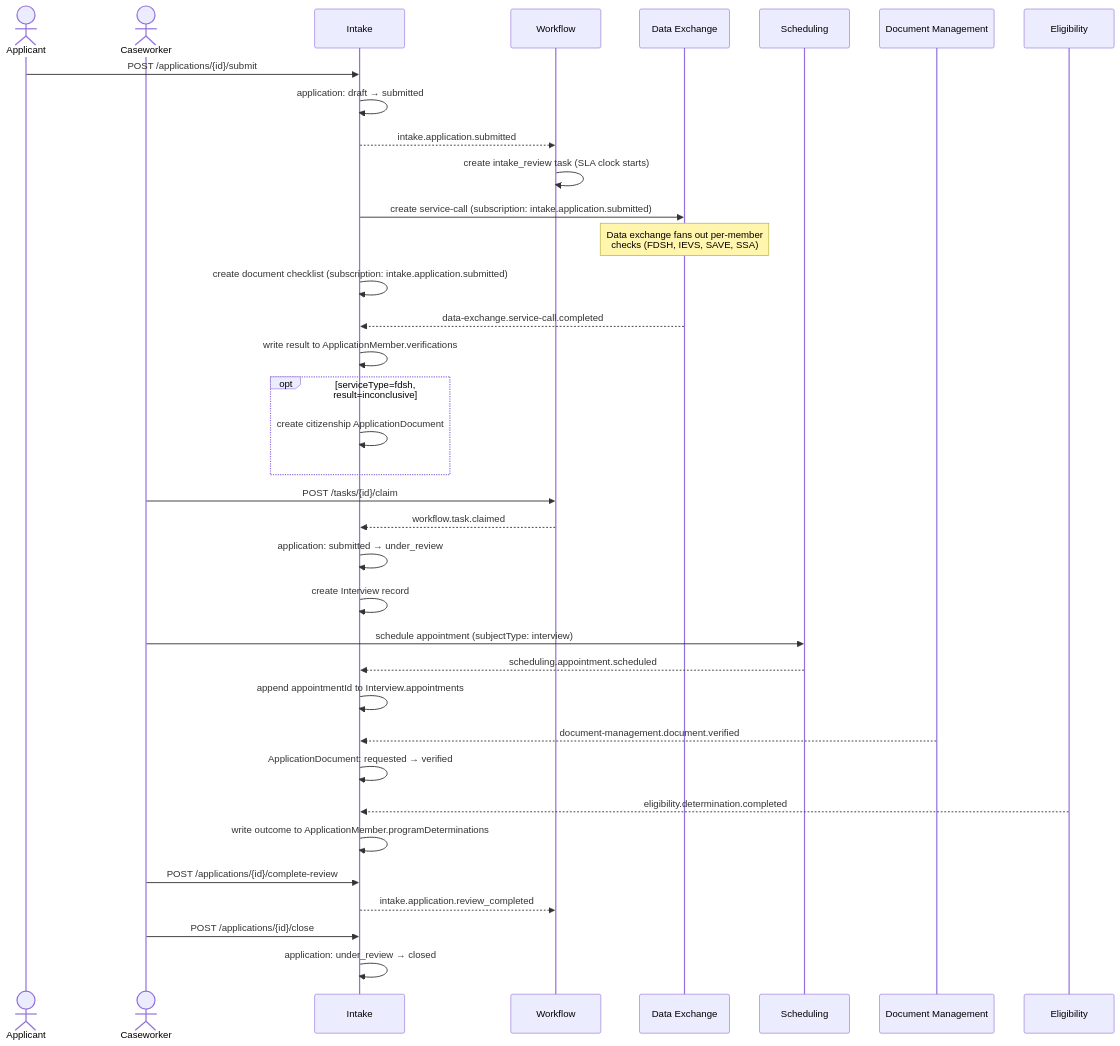
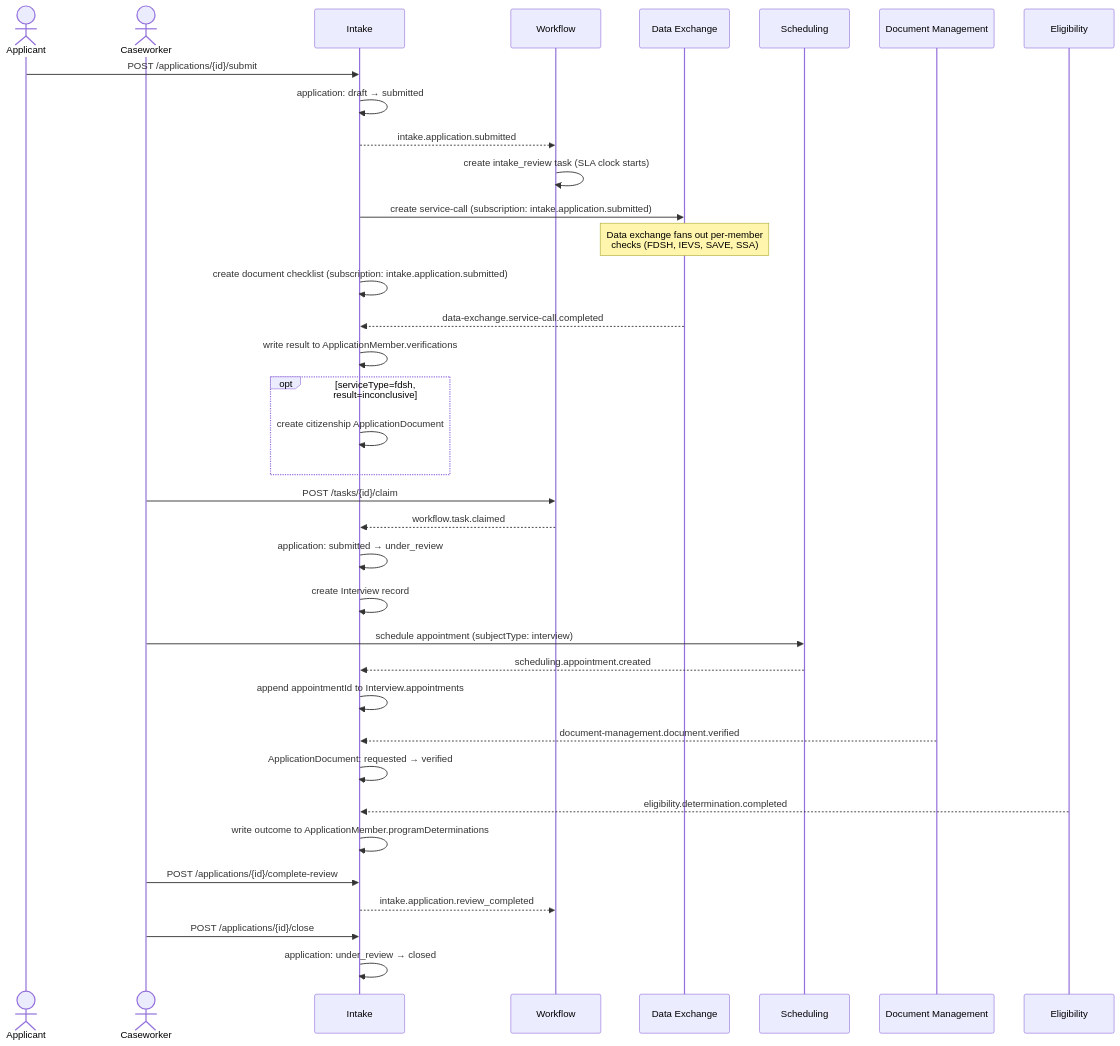
Before and after one commit to codeforamerica/safety-net-blueprint: the diagram in docs/architecture/diagrams/intake-flow.mmd, drawn with Mermaid. The commit also changed 110 other files, not shown here.

```diff
--- a/docs/architecture/diagrams/intake-flow.mmd
+++ b/docs/architecture/diagrams/intake-flow.mmd
@@ -1,44 +1,44 @@
 sequenceDiagram
     actor Applicant
     actor Caseworker
     participant Intake
     participant Workflow
     participant DataExchange as Data Exchange
     participant Scheduling
     participant DocMgmt as Document Management
     participant Eligibility
 
     Applicant->>Intake: POST /applications/{id}/submit
     Intake->>Intake: application: draft → submitted
     Intake-->>Workflow: intake.application.submitted
     Workflow->>Workflow: create intake_review task (SLA clock starts)
     Intake->>DataExchange: create service-call (subscription: intake.application.submitted)
     Note over DataExchange: Data exchange fans out per-member<br/>checks (FDSH, IEVS, SAVE, SSA)
     Intake->>Intake: create document checklist (subscription: intake.application.submitted)
 
     DataExchange-->>Intake: data-exchange.service-call.completed
     Intake->>Intake: write result to ApplicationMember.verifications
     opt serviceType=fdsh, result=inconclusive
         Intake->>Intake: create citizenship ApplicationDocument
     end
 
     Caseworker->>Workflow: POST /tasks/{id}/claim
     Workflow-->>Intake: workflow.task.claimed
     Intake->>Intake: application: submitted → under_review
     Intake->>Intake: create Interview record
 
     Caseworker->>Scheduling: schedule appointment (subjectType: interview)
-    Scheduling-->>Intake: scheduling.appointment.scheduled
+    Scheduling-->>Intake: scheduling.appointment.created
     Intake->>Intake: append appointmentId to Interview.appointments
 
     DocMgmt-->>Intake: document-management.document.verified
     Intake->>Intake: ApplicationDocument: requested → verified
 
     Eligibility-->>Intake: eligibility.determination.completed
     Intake->>Intake: write outcome to ApplicationMember.programDeterminations
 
     Caseworker->>Intake: POST /applications/{id}/complete-review
     Intake-->>Workflow: intake.application.review_completed
 
     Caseworker->>Intake: POST /applications/{id}/close
     Intake->>Intake: application: under_review → closed
```
